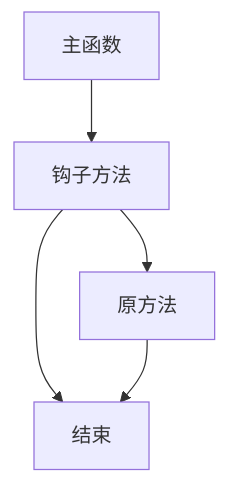
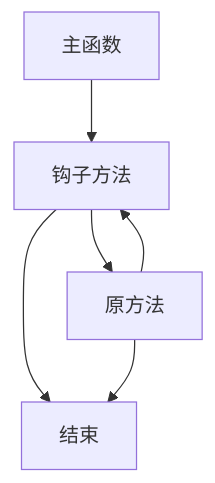
Before and after one commit to NanTingPer/Learning-Notes: the second of 2 diagrams in tModLoader/钩子.md, drawn with Mermaid. The commit also changed other lines of this file and 2 other files, not shown here.

````diff
--- a/tModLoader/钩子.md
+++ b/tModLoader/钩子.md
@@ -15,7 +15,8 @@
 ```mermaid
 graph
 主函数 --> 钩子方法
 钩子方法 --> 原方法
+原方法 --> 钩子方法
 钩子方法 --> 结束
 原方法 --> 结束
 ```
````
